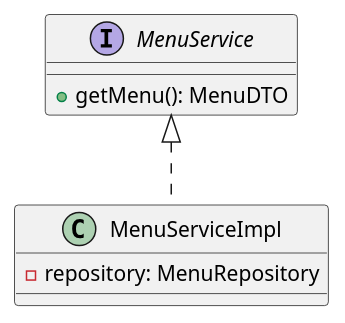
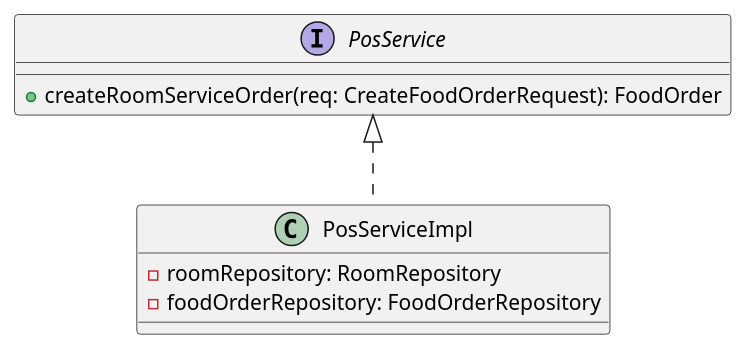
The first of 2 diagrams in 06-Testing/mod3_pos/uc14/EDS_uc14_SPEC.md (NguyenNgoc6/HoaNien), drawn with PlantUML before and after one commit. The commit also changed other lines of this file and 21 other files, not shown here.

````diff
--- a/06-Testing/mod3_pos/uc14/EDS_uc14_SPEC.md
+++ b/06-Testing/mod3_pos/uc14/EDS_uc14_SPEC.md
@@ -102,11 +104,12 @@
 ```plantuml
 @startuml
-interface MenuService {
-  +getMenu(): MenuDTO
+interface PosService {
+  +createRoomServiceOrder(req: CreateFoodOrderRequest): FoodOrder
 }
 
-class MenuServiceImpl implements MenuService {
-  -repository: MenuRepository
+class PosServiceImpl implements PosService {
+  -roomRepository: RoomRepository
+  -foodOrderRepository: FoodOrderRepository
 }
 @enduml
 ```
````
